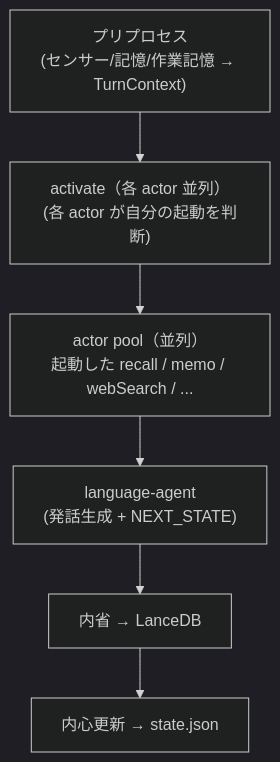
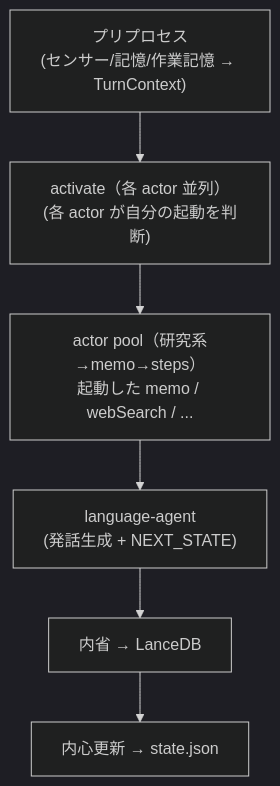
The diagram in docs/ACTION-DESIGN.md (haruneko/local-bot), drawn with Mermaid (dark theme) before and after one commit. The commit also changed other lines of this file and 18 other files, not shown here.

````diff
--- a/docs/ACTION-DESIGN.md
+++ b/docs/ACTION-DESIGN.md
@@ -33,8 +33,8 @@
 ```mermaid
 flowchart TD
     Input["プリプロセス<br/>(センサー/記憶/作業記憶 → TurnContext)"] --> Act["activate（各 actor 並列）<br/>(各 actor が自分の起動を判断)"]
-    Act --> Pool["actor pool（並列）<br/>起動した recall / memo / webSearch / ..."]
+    Act --> Pool["actor pool（研究系→memo→steps）<br/>起動した memo / webSearch / ..."]
     Pool --> Lang["language-agent<br/>(発話生成 + NEXT_STATE)"]
     Lang --> Intro["内省 → LanceDB"]
     Intro --> Inner["内心更新 → state.json"]
 ```
````
